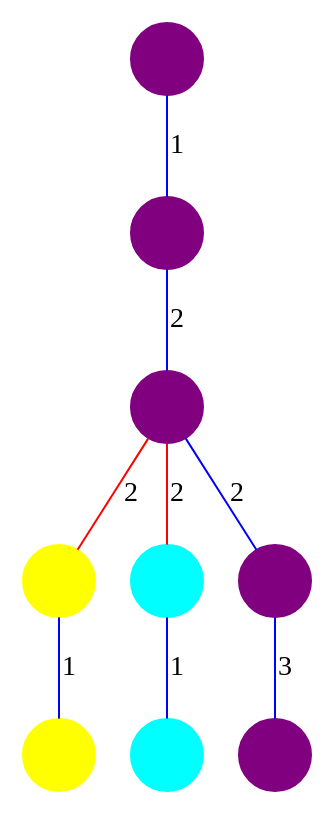
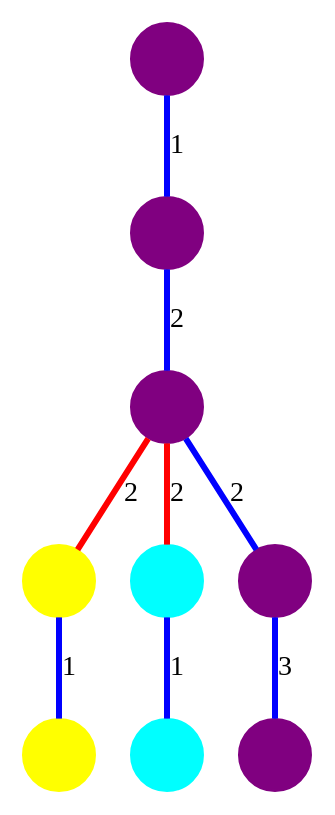
Before and after one commit to sgolodetz/thesis: the diagram in segmentation/graphs/comparison/marcotegui-output.gv, drawn with Graphviz. The commit also changed 7 other files, not shown here.

Commit message:
Finished making the waterfall diagrams clearer (for now).

```diff
--- a/segmentation/graphs/comparison/marcotegui-output.gv
+++ b/segmentation/graphs/comparison/marcotegui-output.gv
@@ -1,24 +1,24 @@
 digraph
 {
 	node [shape=circle, style=filled, label=""];
-	edge [dir=both, color=blue, arrowtail=none, arrowhead=none];
+	edge [dir=both, color=blue, arrowtail=none, arrowhead=none, penwidth=3];
 
 	n00 -> n10 [label=1];
 	n10 -> n20 [label=2];
 	n20 -> n30 [label=2, color=red];
 	n20 -> n31 [label=2, color=red];
 	n20 -> n32 [label=2];
 	n30 -> n40 [label=1];
 	n31 -> n41 [label=1];
 	n32 -> n42 [label=3];
 
 	n00 [color=purple];
 	n10 [color=purple];
 	n20 [color=purple];
 	n32 [color=purple];
 	n42 [color=purple];
 	n30 [color=yellow];
 	n40 [color=yellow];
 	n31 [color=cyan];
 	n41 [color=cyan];
 }
```
